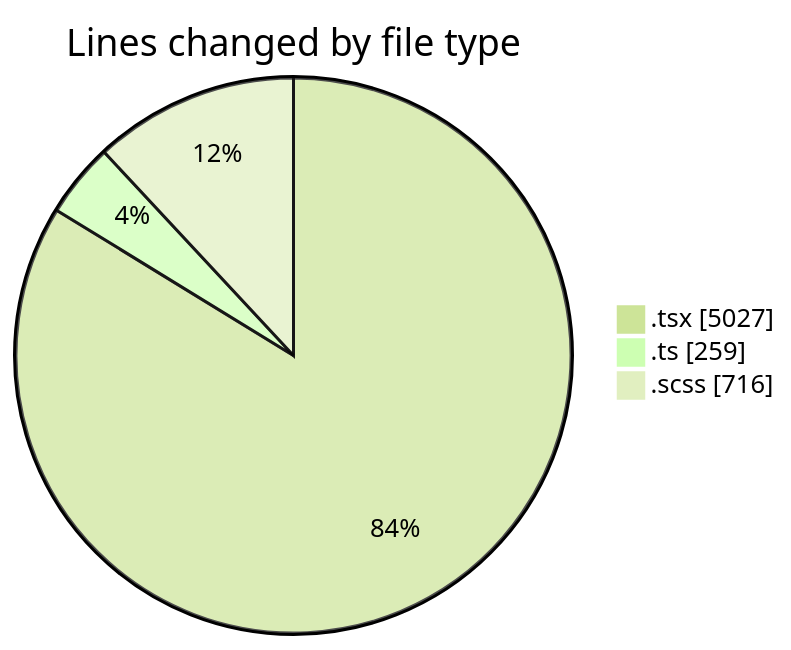
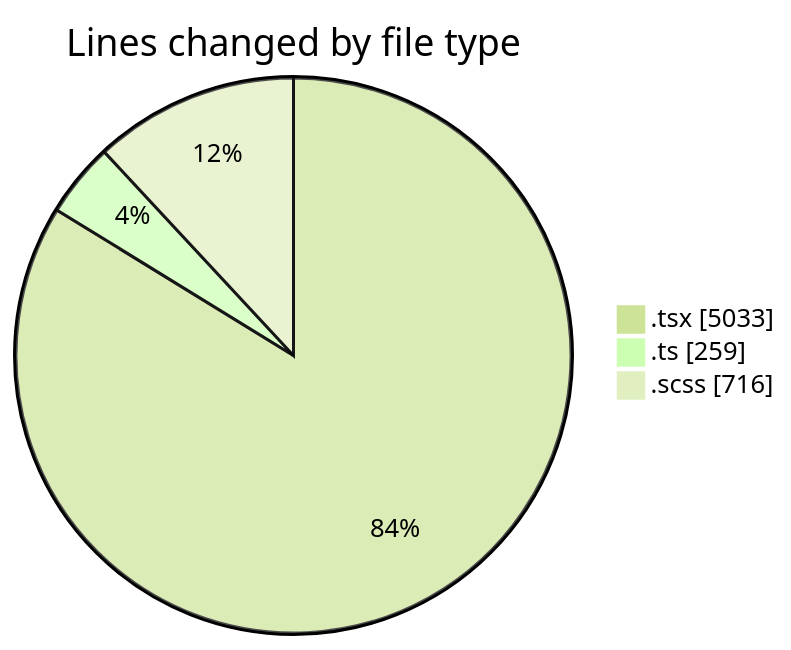
One commit to momahboobian/code-tracking changed the first of 2 diagrams in 2025-09-15/cda/README.md. Above: the diagram before and after it, drawn with Mermaid (forest theme). The commit also changed other lines of this file and 1 other file, not shown here.

````diff
--- a/2025-09-15/cda/README.md
+++ b/2025-09-15/cda/README.md
@@ -27,7 +27,7 @@
 ```mermaid
 pie showData
 title Lines changed by file type
-".tsx" : 5027
+".tsx" : 5033
 ".ts" : 259
 ".scss" : 716
 ```
````
